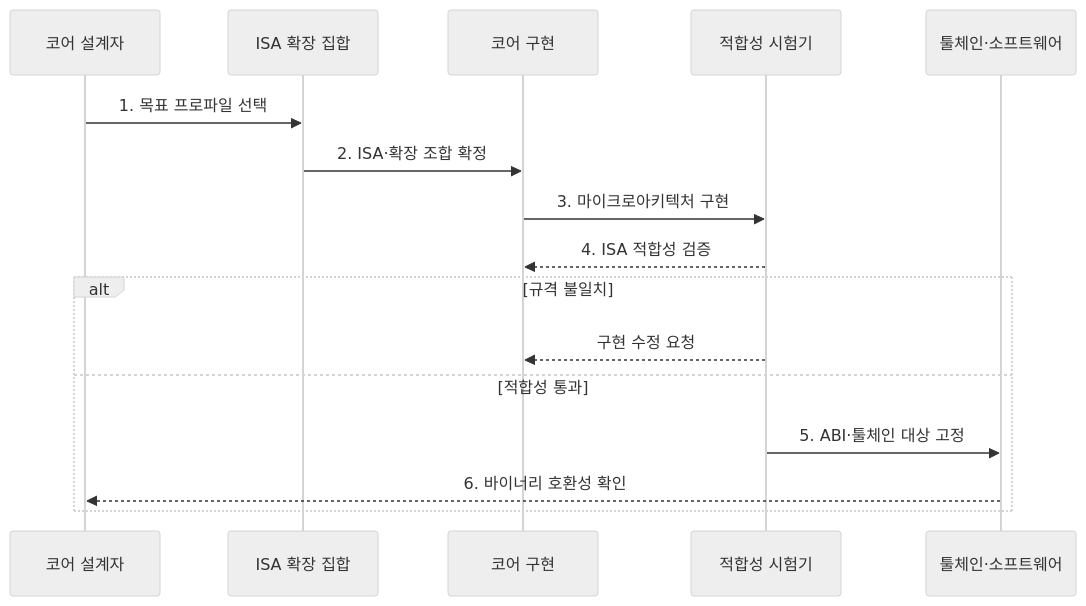
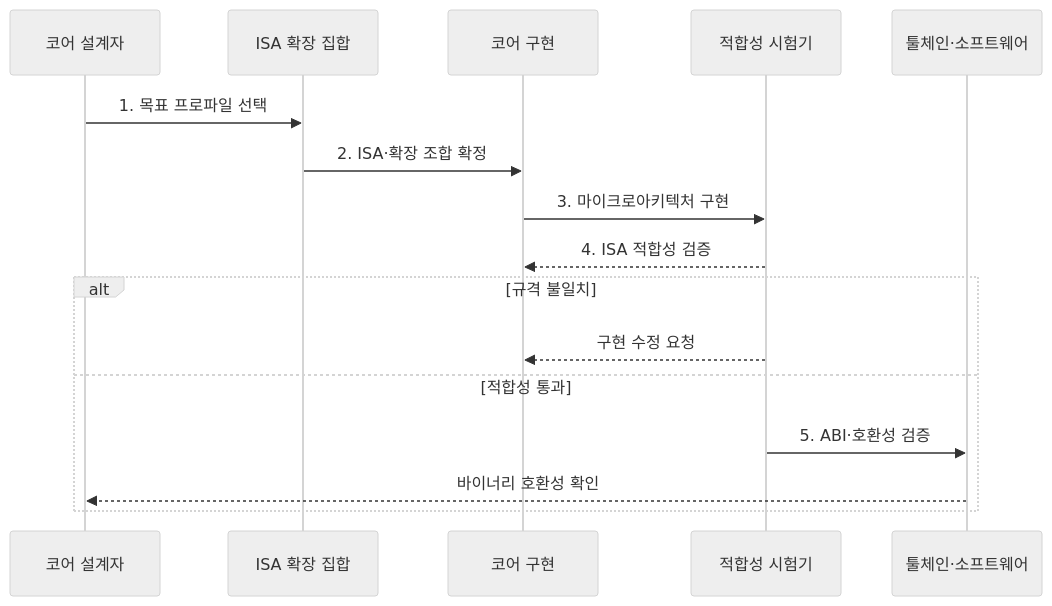
The second of 2 diagrams in src/content/docs/notes/02-hardware/004_risc_v.md (agnusdei1207/knowledge-base), drawn with Mermaid (neutral theme) before and after one commit. The commit also changed other lines of this file and 19 other files, not shown here.

````diff
--- a/src/content/docs/notes/02-hardware/004_risc_v.md
+++ b/src/content/docs/notes/02-hardware/004_risc_v.md
@@ -87,18 +87,18 @@
 ```mermaid
 sequenceDiagram
     participant D as 코어 설계자
     participant E as ISA 확장 집합
     participant C as 코어 구현
     participant T as 적합성 시험기
     participant S as 툴체인·소프트웨어
     D->>E: 1. 목표 프로파일 선택
     E->>C: 2. ISA·확장 조합 확정
     C->>T: 3. 마이크로아키텍처 구현
     T-->>C: 4. ISA 적합성 검증
     alt 규격 불일치
         T-->>C: 구현 수정 요청
     else 적합성 통과
-        T->>S: 5. ABI·툴체인 대상 고정
-        S-->>D: 6. 바이너리 호환성 확인
+        T->>S: 5. ABI·호환성 검증
+        S-->>D: 바이너리 호환성 확인
     end
 ```
````
